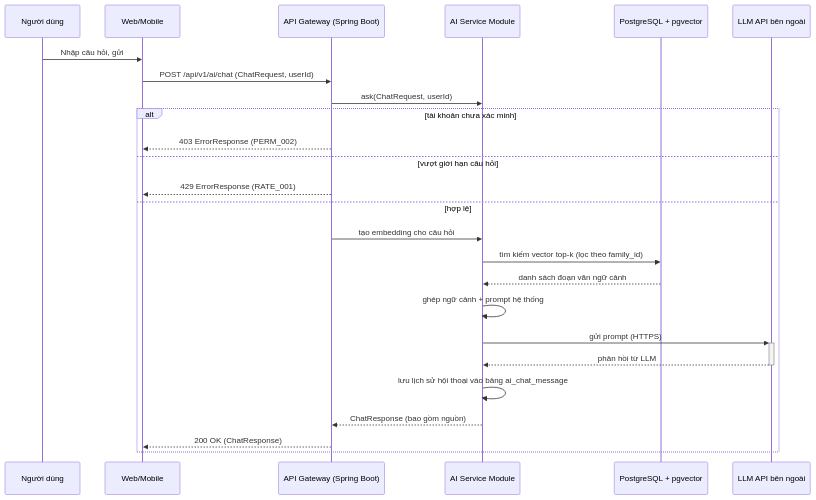
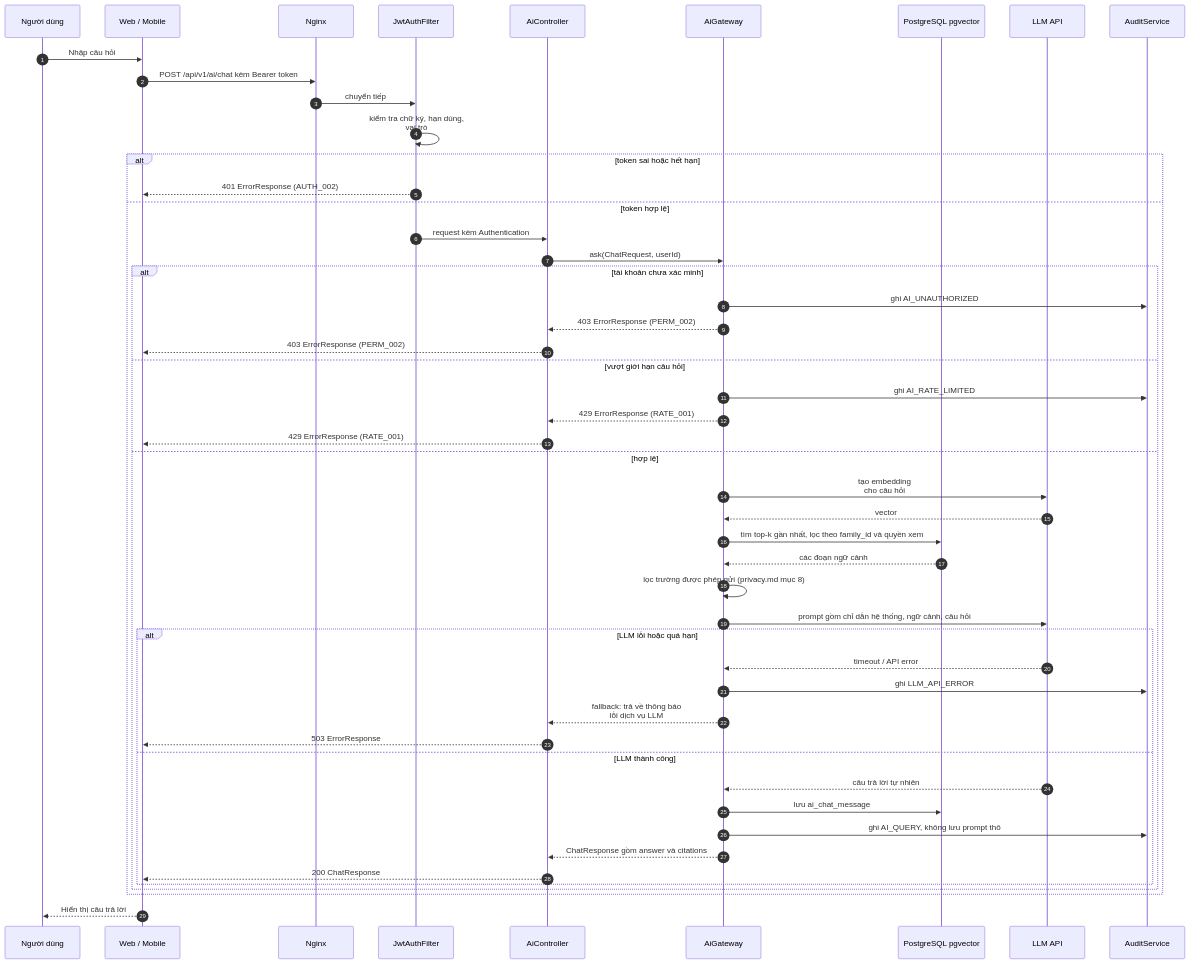
One commit to ngthanhtuann/java changed the fourth of 4 diagrams in docs/02-design/architecture.md. Above: the diagram before and after it, drawn with Mermaid. The commit also changed other lines of this file, not shown here.

Commit message:
SCRUM-23: sửa kiến trúc theo góp ý review.

````diff
--- a/docs/02-design/architecture.md
+++ b/docs/02-design/architecture.md
@@ -131,30 +158,56 @@
 ```mermaid
 sequenceDiagram
+    autonumber
     participant U as Người dùng
-    participant FE as Web/Mobile
-    participant Gateway as API Gateway (Spring Boot)
-    participant AiServ as AI Service Module
-    participant DB as PostgreSQL + pgvector
-    participant LLM as LLM API bên ngoài
+    participant FE as Web / Mobile
+    participant NG as Nginx
+    participant JW as JwtAuthFilter
+    participant AC as AiController
+    participant GW as AiGateway
+    participant DB as PostgreSQL pgvector
+    participant LL as LLM API
+    participant AU as AuditService
 
-    U->>FE: Nhập câu hỏi, gửi
-    FE->>Gateway: POST /api/v1/ai/chat (ChatRequest, userId)
-
-    Gateway->>AiServ: ask(ChatRequest, userId)
+    U->>FE: Nhập câu hỏi
+    FE->>NG: POST /api/v1/ai/chat kèm Bearer token
+    NG->>JW: chuyển tiếp
+    JW->>JW: kiểm tra chữ ký, hạn dùng,<br/>vai trò
     
-    alt tài khoản chưa xác minh
-        Gateway-->>FE: 403 ErrorResponse (PERM_002)
-    else vượt giới hạn câu hỏi
-        Gateway-->>FE: 429 ErrorResponse (RATE_001)
-    else hợp lệ
-        Gateway->>AiServ: tạo embedding cho câu hỏi
-        AiServ->>DB: tìm kiếm vector top-k (lọc theo family_id)
-        DB-->>AiServ: danh sách đoạn văn ngữ cảnh
-        AiServ->>AiServ: ghép ngữ cảnh + prompt hệ thống
-        AiServ->>+LLM: gửi prompt (HTTPS)
-        LLM-->>-AiServ: phản hồi từ LLM
-        AiServ->>AiServ: lưu lịch sử hội thoại vào bảng ai_chat_message
-        AiServ-->>Gateway: ChatResponse (bao gồm nguồn)
-        Gateway-->>FE: 200 OK (ChatResponse)
+    alt token sai hoặc hết hạn
+        JW-->>FE: 401 ErrorResponse (AUTH_002)
+    else token hợp lệ
+        JW->>AC: request kèm Authentication
+        AC->>GW: ask(ChatRequest, userId)
+        
+        alt tài khoản chưa xác minh
+            GW->>AU: ghi AI_UNAUTHORIZED
+            GW-->>AC: 403 ErrorResponse (PERM_002)
+            AC-->>FE: 403 ErrorResponse (PERM_002)
+        else vượt giới hạn câu hỏi
+            GW->>AU: ghi AI_RATE_LIMITED
+            GW-->>AC: 429 ErrorResponse (RATE_001)
+            AC-->>FE: 429 ErrorResponse (RATE_001)
+        else hợp lệ
+            GW->>LL: tạo embedding<br/>cho câu hỏi
+            LL-->>GW: vector
+            GW->>DB: tìm top-k gần nhất, lọc theo family_id và quyền xem
+            DB-->>GW: các đoạn ngữ cảnh
+            GW->>GW: lọc trường được phép gửi (privacy.md mục 8)
+            GW->>LL: prompt gồm chỉ dẫn hệ thống, ngữ cảnh, câu hỏi
+            
+            alt LLM lỗi hoặc quá hạn
+                LL-->>GW: timeout / API error
+                GW->>AU: ghi LLM_API_ERROR
+                GW-->>AC: fallback: trả về thông báo<br/>lỗi dịch vụ LLM
+                AC-->>FE: 503 ErrorResponse
+            else LLM thành công
+                LL-->>GW: câu trả lời tự nhiên
+                GW->>DB: lưu ai_chat_message
+                GW->>AU: ghi AI_QUERY, không lưu prompt thô
+                GW-->>AC: ChatResponse gồm answer và citations
+                AC-->>FE: 200 ChatResponse
+            end
+        end
     end
+    FE-->>U: Hiển thị câu trả lời
 ```
````
